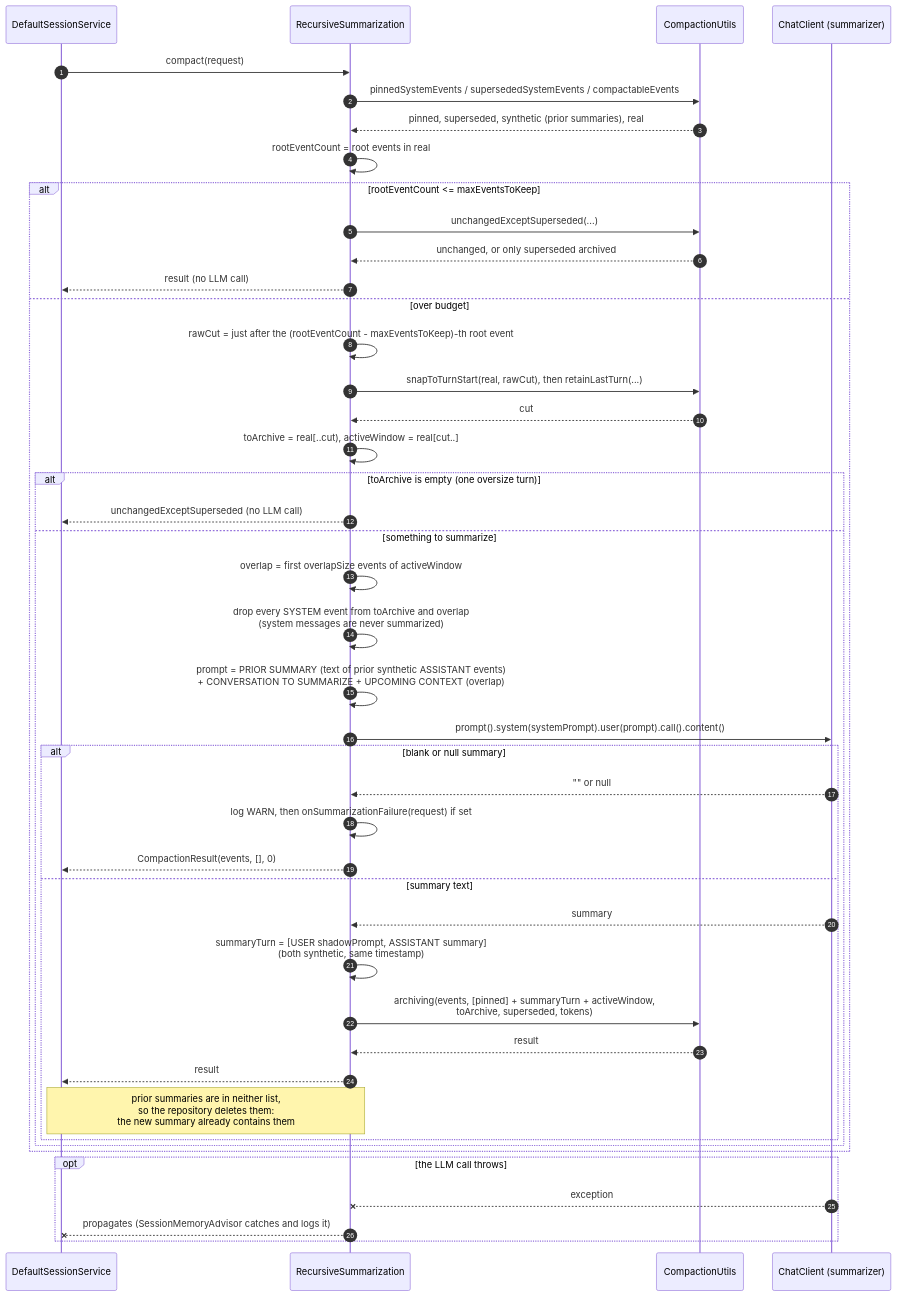
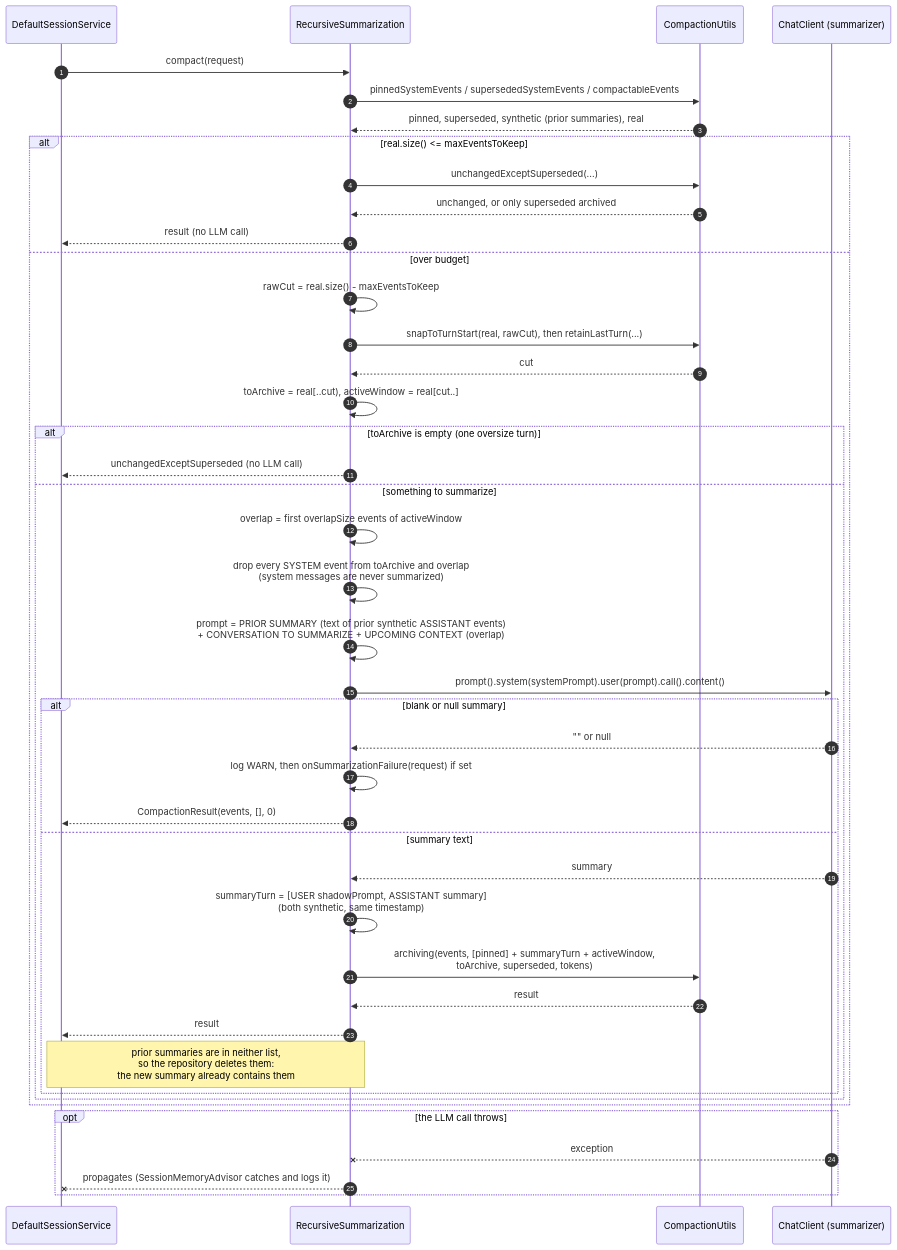
One commit to andotorg/spring-ai-session changed the sixth of 7 diagrams in docs/session-management/compaction-internals.md. Above: the diagram before and after it, drawn with Mermaid. The commit also changed other lines of this file and 44 other files, not shown here.

````diff
--- a/docs/session-management/compaction-internals.md
+++ b/docs/session-management/compaction-internals.md
@@ -286,47 +286,46 @@
 ```mermaid
 sequenceDiagram
     autonumber
     participant Caller as DefaultSessionService
     participant R as RecursiveSummarization
     participant U as CompactionUtils
     participant LLM as ChatClient (summarizer)
 
     Caller->>R: compact(request)
     R->>U: pinnedSystemEvents / supersededSystemEvents / compactableEvents
     U-->>R: pinned, superseded, synthetic (prior summaries), real
-    R->>R: rootEventCount = root events in real
-    alt rootEventCount <= maxEventsToKeep
+    alt real.size() <= maxEventsToKeep
         R->>U: unchangedExceptSuperseded(...)
         U-->>R: unchanged, or only superseded archived
         R-->>Caller: result (no LLM call)
     else over budget
-        R->>R: rawCut = just after the (rootEventCount - maxEventsToKeep)-th root event
+        R->>R: rawCut = real.size() - maxEventsToKeep
         R->>U: snapToTurnStart(real, rawCut), then retainLastTurn(...)
         U-->>R: cut
         R->>R: toArchive = real[..cut), activeWindow = real[cut..]
         alt toArchive is empty (one oversize turn)
             R-->>Caller: unchangedExceptSuperseded (no LLM call)
         else something to summarize
             R->>R: overlap = first overlapSize events of activeWindow
             R->>R: drop every SYSTEM event from toArchive and overlap<br/>(system messages are never summarized)
             R->>R: prompt = PRIOR SUMMARY (text of prior synthetic ASSISTANT events)<br/>+ CONVERSATION TO SUMMARIZE + UPCOMING CONTEXT (overlap)
             R->>LLM: prompt().system(systemPrompt).user(prompt).call().content()
             alt blank or null summary
                 LLM-->>R: "" or null
                 R->>R: log WARN, then onSummarizationFailure(request) if set
                 R-->>Caller: CompactionResult(events, [], 0)
             else summary text
                 LLM-->>R: summary
                 R->>R: summaryTurn = [USER shadowPrompt, ASSISTANT summary]<br/>(both synthetic, same timestamp)
                 R->>U: archiving(events, [pinned] + summaryTurn + activeWindow,<br/>toArchive, superseded, tokens)
                 U-->>R: result
                 R-->>Caller: result
                 Note over R,Caller: prior summaries are in neither list,<br/>so the repository deletes them:<br/>the new summary already contains them
             end
         end
     end
     opt the LLM call throws
         LLM--xR: exception
         R--xCaller: propagates (SessionMemoryAdvisor catches and logs it)
     end
 ```
````
